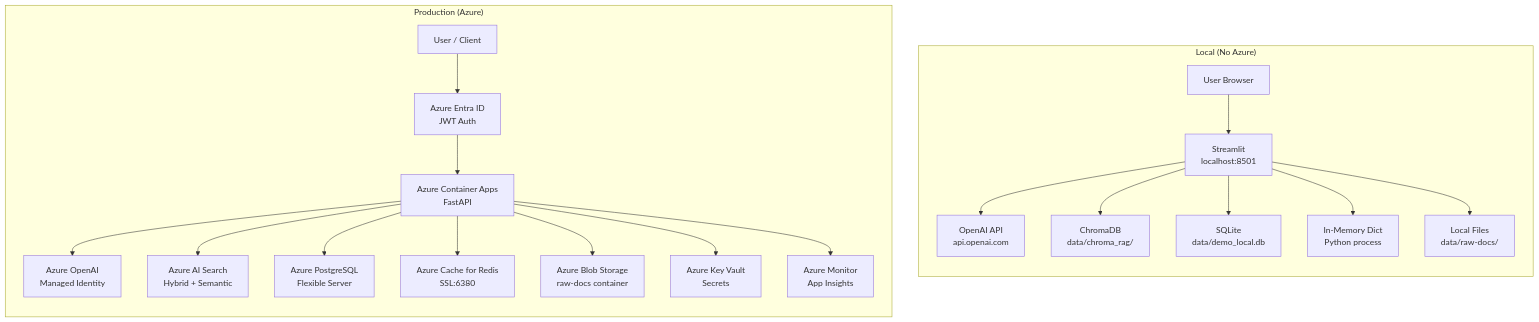
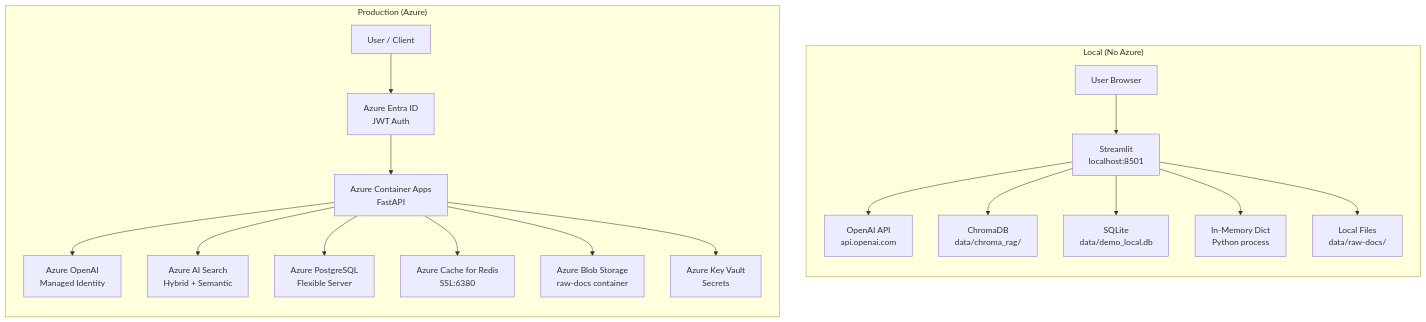
One commit to SameepSB/rag-infra changed the sixth of 6 diagrams in architecture_noAzure.md. Above: the diagram before and after it, drawn with Mermaid. The commit also changed other lines of this file, not shown here.

Commit message:
updated architecture flow for local implementation

````diff
--- a/architecture_noAzure.md
+++ b/architecture_noAzure.md
@@ -330,25 +326,24 @@
 ```mermaid
 graph TB
     subgraph "Local (No Azure)"
         direction TB
         L_USER[User Browser] --> L_ST[Streamlit<br>localhost:8501]
         L_ST --> L_OPENAI[OpenAI API<br>api.openai.com]
         L_ST --> L_CHROMA[ChromaDB<br>data/chroma_rag/]
         L_ST --> L_SQLITE[SQLite<br>data/demo_local.db]
         L_ST --> L_DICT[In-Memory Dict<br>Python process]
         L_ST --> L_FS[Local Files<br>data/raw-docs/]
     end
 
     subgraph "Production (Azure)"
         direction TB
         P_USER[User / Client] --> P_ENTRA[Azure Entra ID<br>JWT Auth]
         P_ENTRA --> P_ACA[Azure Container Apps<br>FastAPI]
         P_ACA --> P_AOAI[Azure OpenAI<br>Managed Identity]
         P_ACA --> P_SEARCH[Azure AI Search<br>Hybrid + Semantic]
         P_ACA --> P_PG[Azure PostgreSQL<br>Flexible Server]
         P_ACA --> P_REDIS[Azure Cache for Redis<br>SSL:6380]
         P_ACA --> P_BLOB[Azure Blob Storage<br>raw-docs container]
         P_ACA --> P_KV[Azure Key Vault<br>Secrets]
-        P_ACA --> P_MON[Azure Monitor<br>App Insights]
     end
 ```
````
